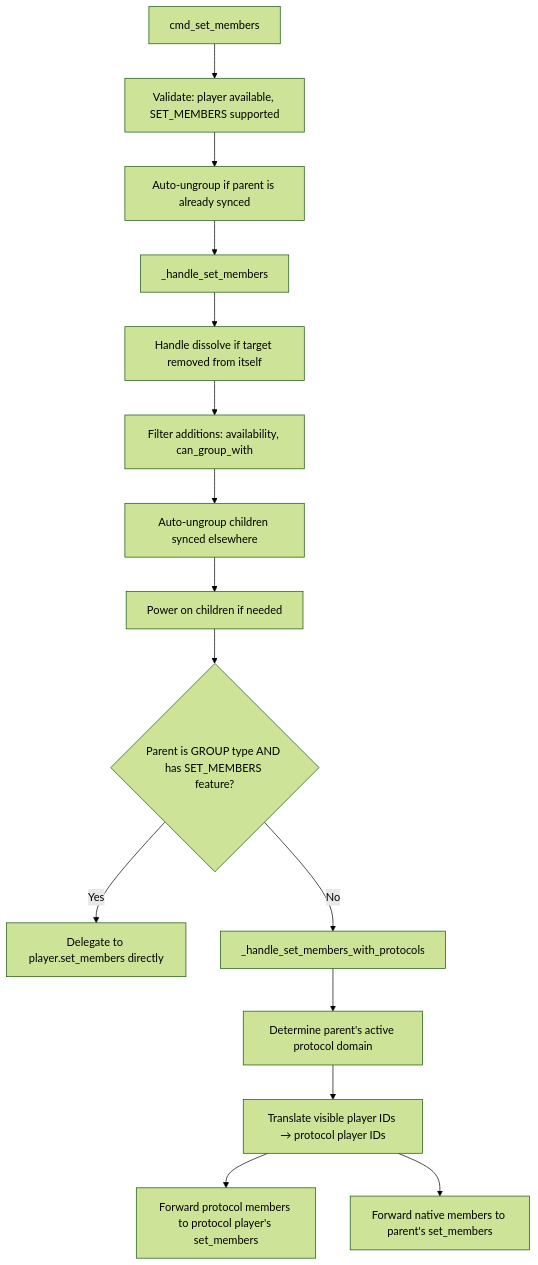
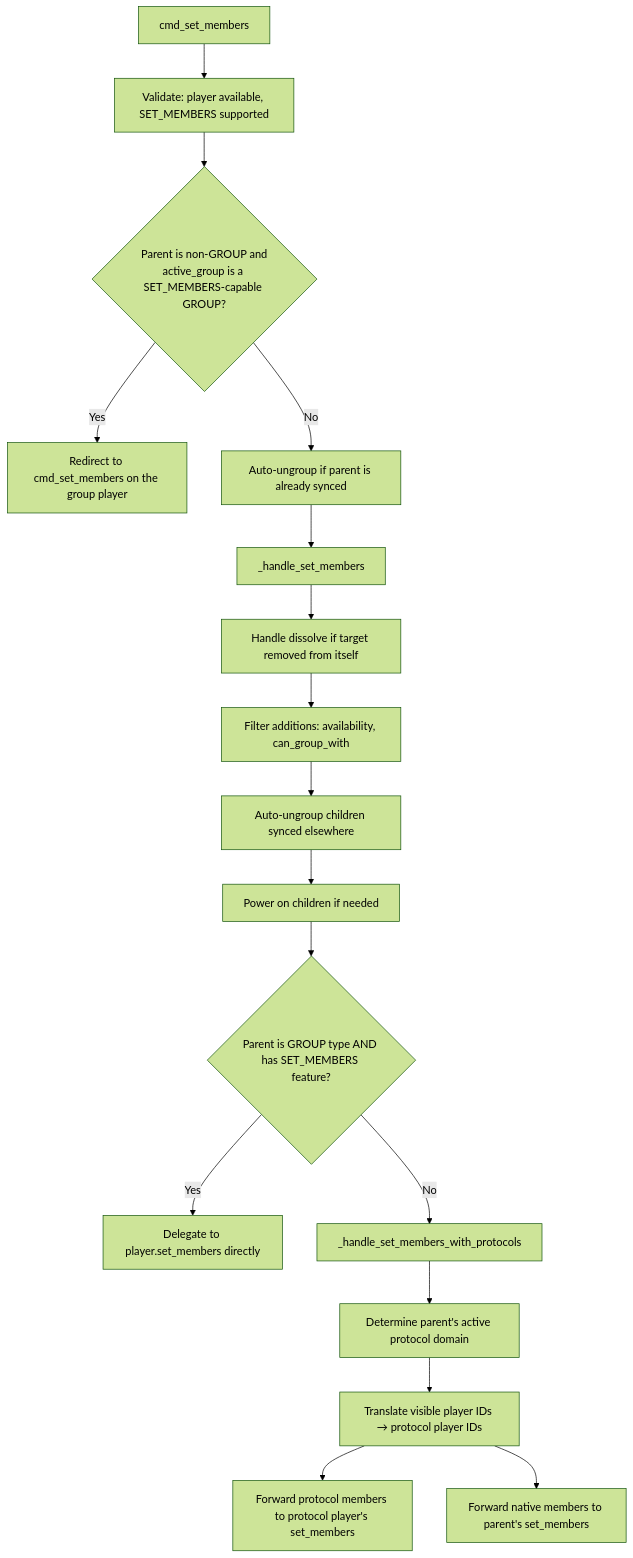
Before and after one commit to theturtle32/music-assistant-server: the third of 4 diagrams in docs/architecture/06-grouping.md, drawn with Mermaid (forest theme). The commit also changed other lines of this file and 2 other files, not shown here.

First line of the commit message:
docs(architecture): Stack 3 — Sync group rework, leader switch, mute lock + power forwarding fixes (#9)

````diff
--- a/docs/architecture/06-grouping.md
+++ b/docs/architecture/06-grouping.md
@@ -275,17 +296,19 @@
 ```mermaid
 flowchart TD
     A[cmd_set_members] --> B[Validate: player available, SET_MEMBERS supported]
-    B --> C[Auto-ungroup if parent is already synced]
+    B --> AG{"Parent is non-GROUP and<br/>active_group is a SET_MEMBERS-capable GROUP?"}
+    AG -- Yes --> AGR[Redirect to cmd_set_members on the group player]
+    AG -- No --> C[Auto-ungroup if parent is already synced]
     C --> D[_handle_set_members]
     D --> E[Handle dissolve if target removed from itself]
     E --> F[Filter additions: availability, can_group_with]
     F --> G[Auto-ungroup children synced elsewhere]
     G --> H[Power on children if needed]
     H --> I{"Parent is GROUP type AND has SET_MEMBERS feature?"}
     I -- Yes --> J[Delegate to player.set_members directly]
     I -- No --> K[_handle_set_members_with_protocols]
     K --> L[Determine parent's active protocol domain]
     L --> M[Translate visible player IDs → protocol player IDs]
     M --> N[Forward protocol members to protocol player's set_members]
     M --> O[Forward native members to parent's set_members]
 ```
````
